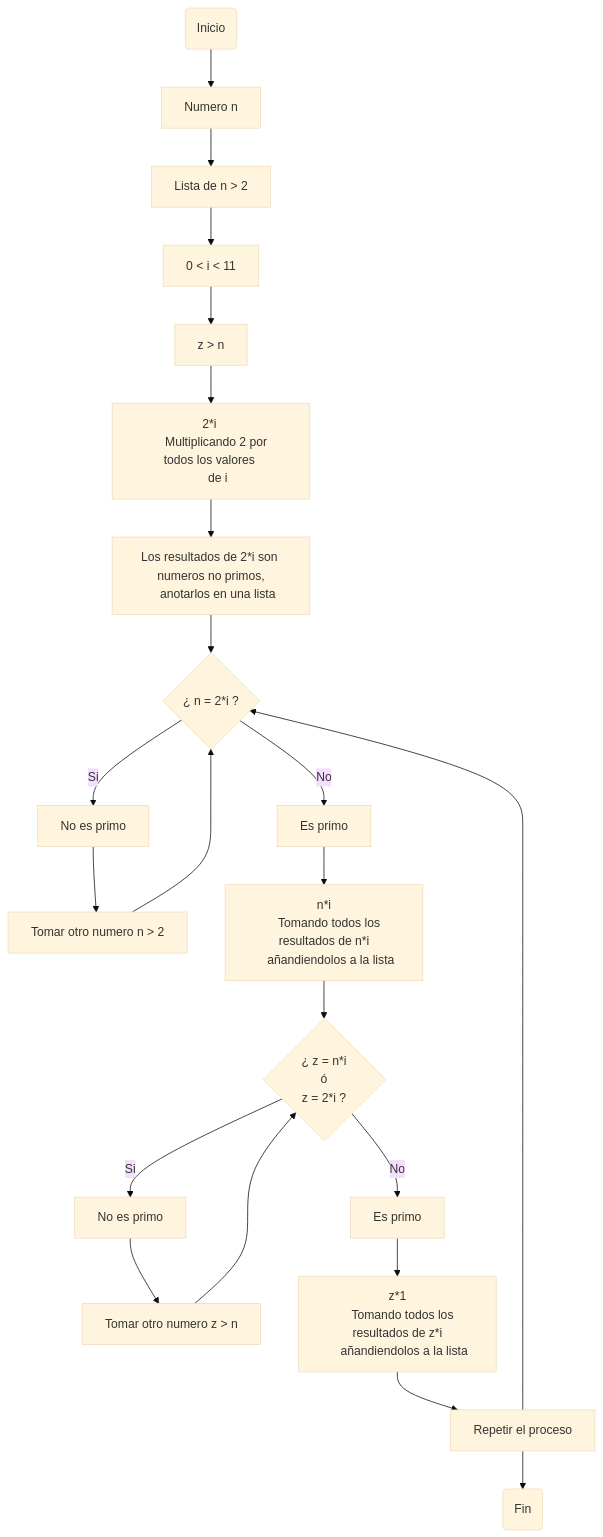
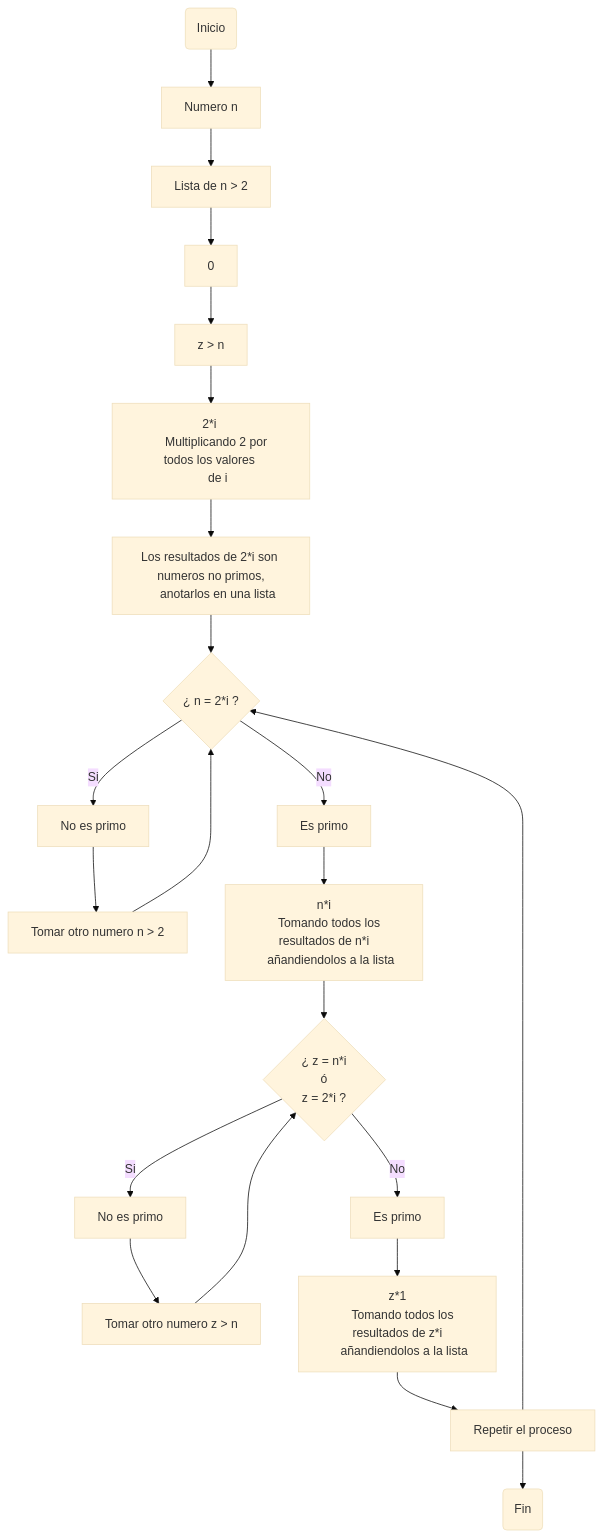
One commit to Danbaroj/Reto-3 changed the diagram in README.md. Above: the diagram before and after it, drawn with Mermaid (base theme).

````diff
--- a/README.md
+++ b/README.md
@@ -9,34 +9,34 @@
 ```mermaid
 
 flowchart TD;
     A(Inicio) -->B[Numero n]
     B -->F[Lista de n > 2]
-    F -->J[0 < i < 11 ]
+    F -->J[0<i<=10 ]
     J -->K[z > n]
     K -->C[2*i 
     Multiplicando 2 por todos los valores 
     de i]
     C -->L[Los resultados de 2*i son numeros no primos,
     anotarlos en una lista] 
     L -->D{¿ n = 2*i ?}
     D -->|Si|G[No es primo]
     G -->Ñ[Tomar otro numero n > 2 ]
     Ñ -->D
     D -->|No|H[Es primo ]
     H -->P[n*i
     Tomando todos los resultados de n*i
     añandiendolos a la lista]
     P -->O{¿ z = n*i
     ó
     z = 2*i ?}
     O -->|Si|U[No es primo]
     O -->|No|I[Es primo ]
     U -->Y[Tomar otro numero z > n ]
     Y -->O
     I -->T[z*1
     Tomando todos los resultados de z*i
     añandiendolos a la lista]
     T -->R[Repetir el proceso]
     R -->D
     R -->E(Fin)
 ```
````
